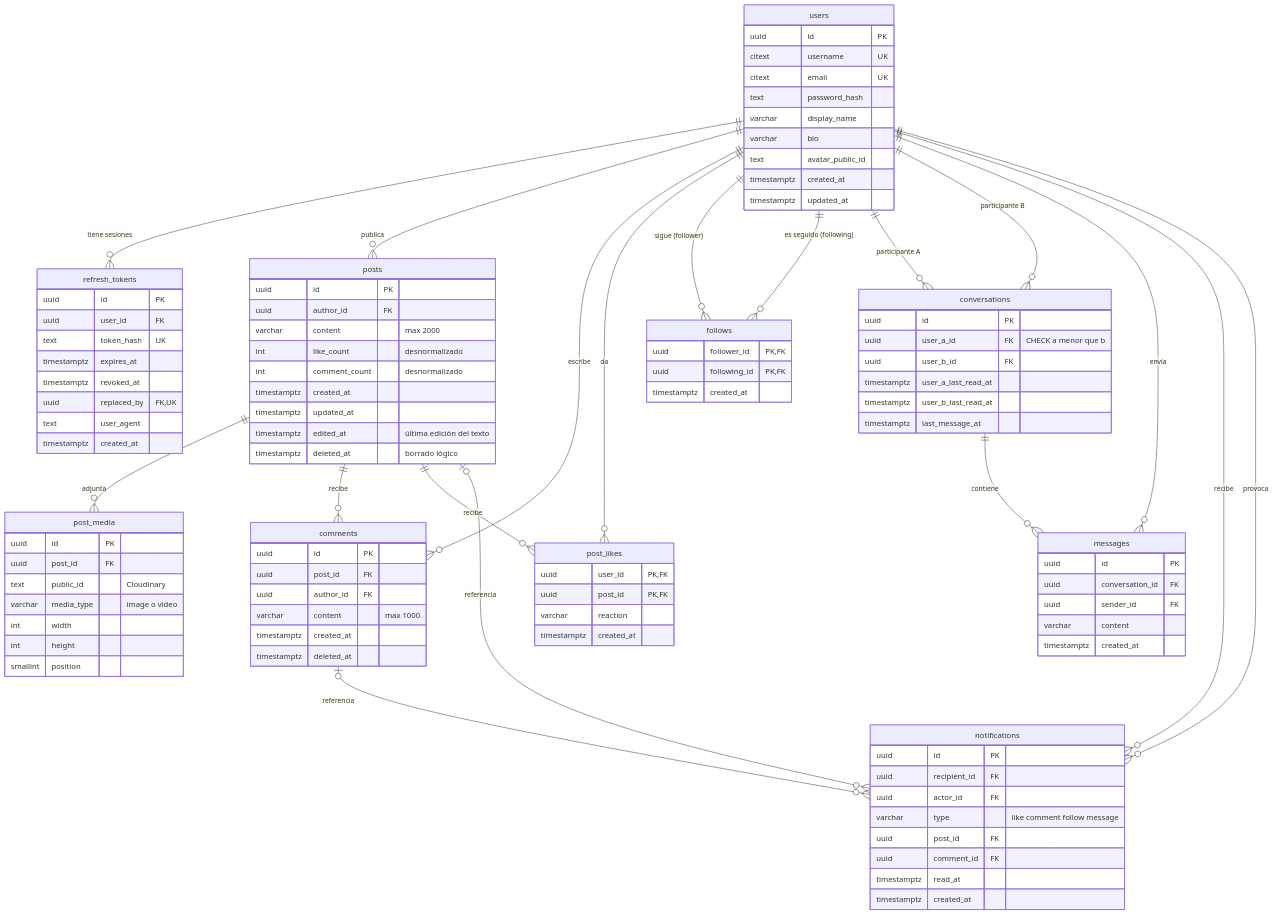
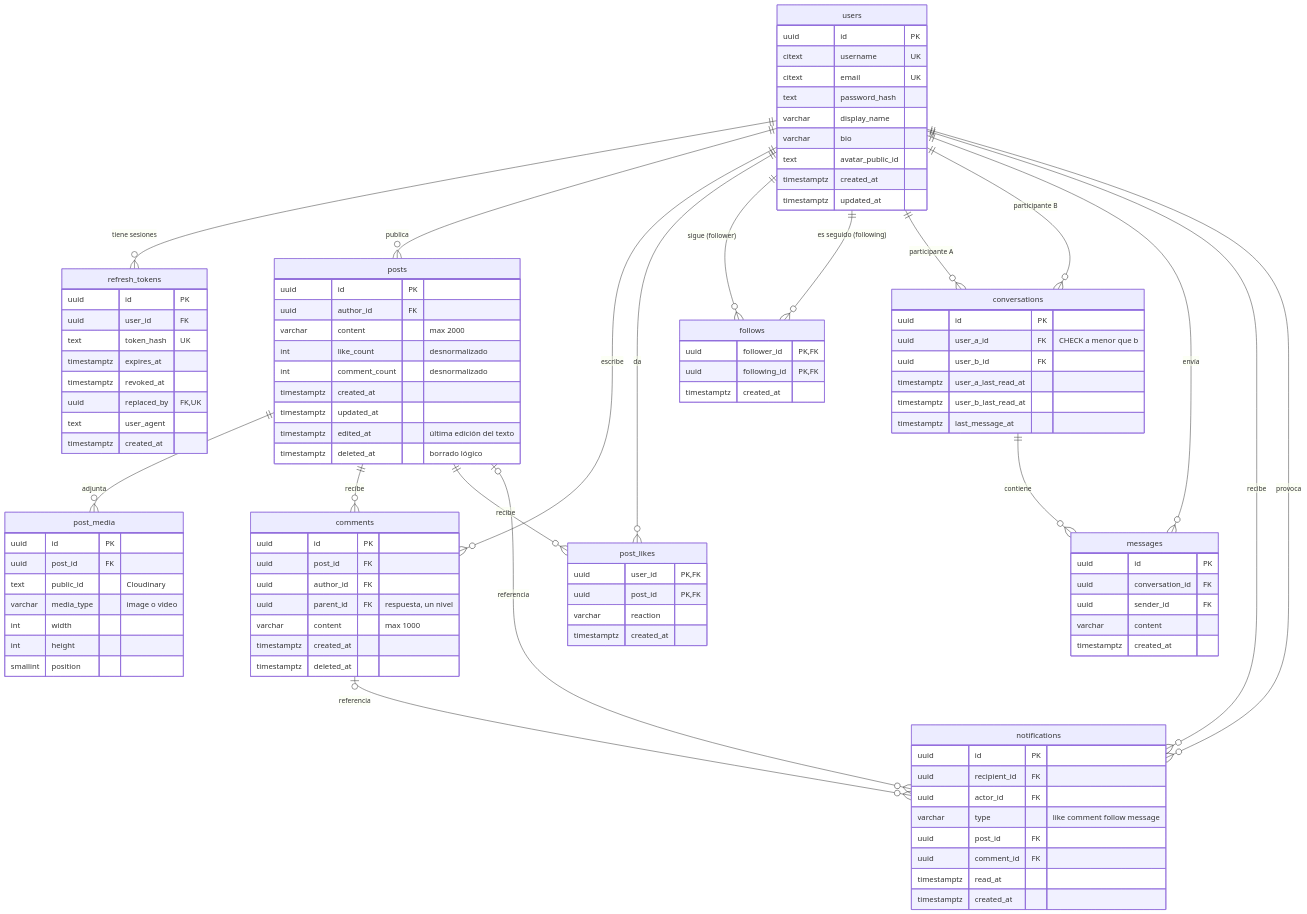
One commit to EmilioAlonzo4587/red-social changed the diagram in docs/04-base-de-datos.md. Above: the diagram before and after it, drawn with Mermaid. The commit also changed other lines of this file and 59 other files, not shown here.

```diff
--- a/docs/04-base-de-datos.md
+++ b/docs/04-base-de-datos.md
@@ -61,6 +61,7 @@
     uuid id PK
     uuid post_id FK
     uuid author_id FK
+    uuid parent_id FK "respuesta, un nivel"
     varchar content "max 1000"
     timestamptz created_at
     timestamptz deleted_at
```
